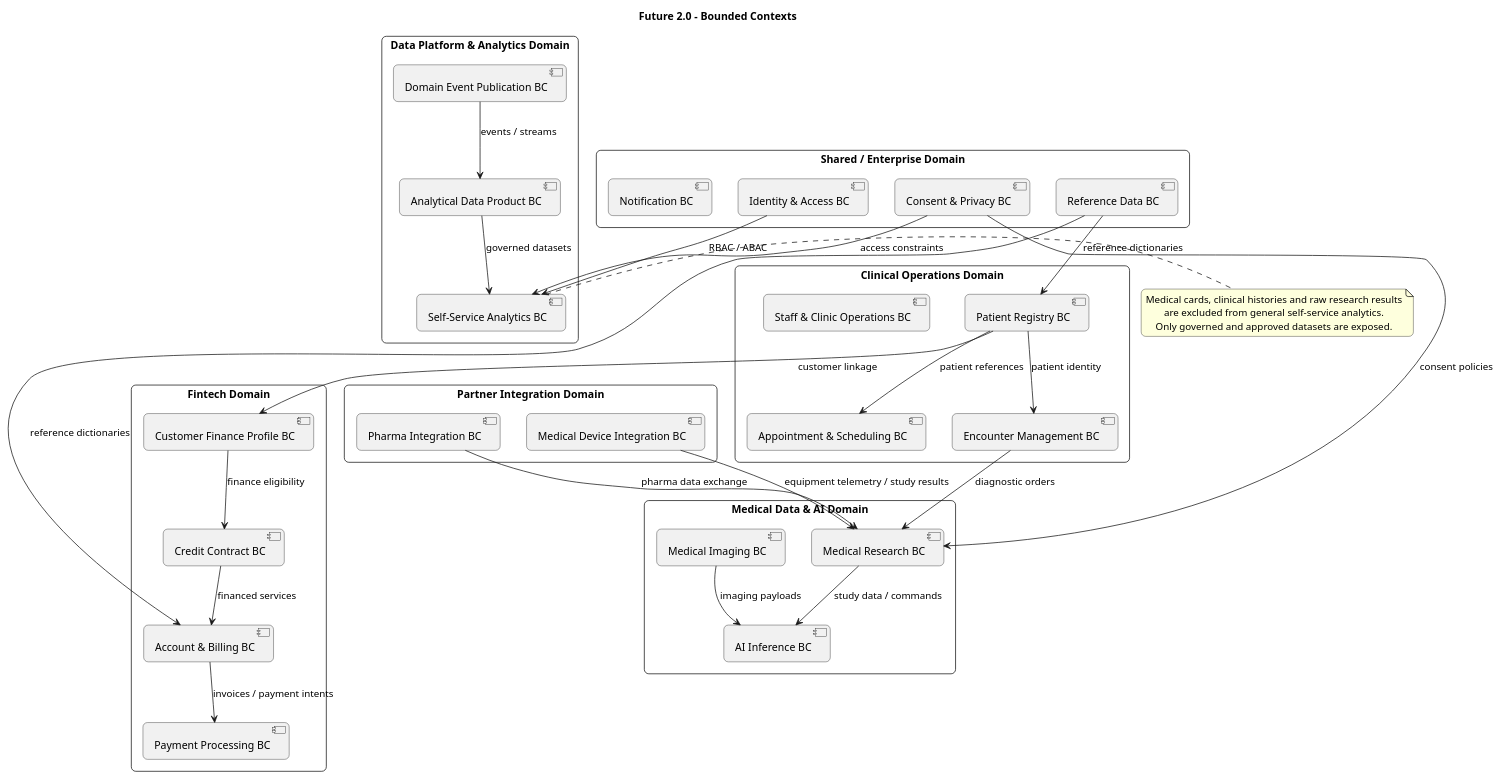
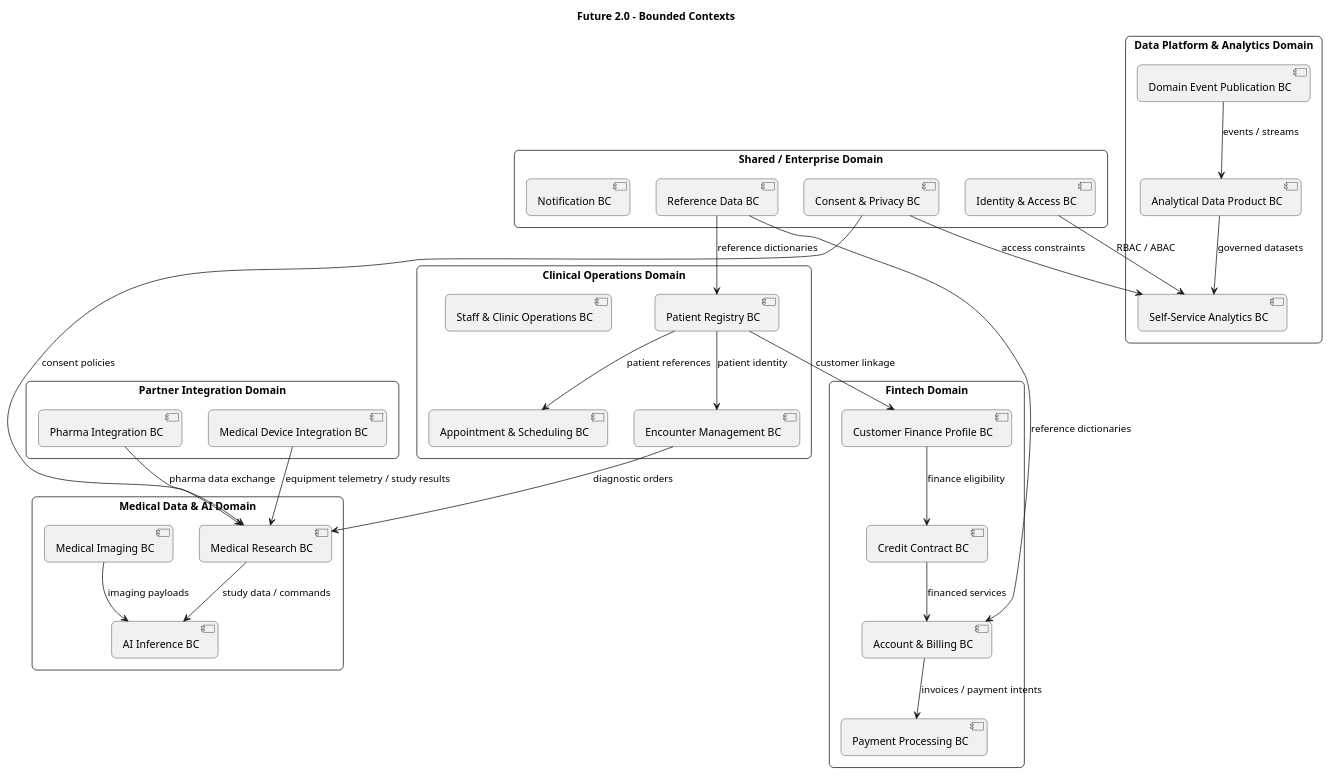
The diagram in Task4Advanced/bounded-contexts.puml (LobovVit/architecture-future_pro_2_0), drawn with PlantUML before and after one commit. The commit also changed 10 other files, not shown here.

```diff
--- a/Task4Advanced/bounded-contexts.puml
+++ b/Task4Advanced/bounded-contexts.puml
@@ -1,72 +1,66 @@
 @startuml
 title Future 2.0 - Bounded Contexts
 
 skinparam packageStyle rectangle
 skinparam shadowing false
 skinparam roundcorner 12
 skinparam defaultTextAlignment center
 
 package "Clinical Operations Domain" {
   [Patient Registry BC]
   [Encounter Management BC]
   [Appointment & Scheduling BC]
   [Staff & Clinic Operations BC]
 }
 
 package "Medical Data & AI Domain" {
   [Medical Research BC]
   [AI Inference BC]
   [Medical Imaging BC]
 }
 
 package "Fintech Domain" {
   [Customer Finance Profile BC]
   [Account & Billing BC]
   [Credit Contract BC]
   [Payment Processing BC]
 }
 
 package "Partner Integration Domain" {
   [Pharma Integration BC]
   [Medical Device Integration BC]
 }
 
 package "Shared / Enterprise Domain" {
   [Identity & Access BC]
   [Reference Data BC]
   [Consent & Privacy BC]
   [Notification BC]
 }
 
 package "Data Platform & Analytics Domain" {
   [Domain Event Publication BC]
   [Analytical Data Product BC]
   [Self-Service Analytics BC]
 }
 
 [Patient Registry BC] --> [Encounter Management BC] : patient identity
 [Patient Registry BC] --> [Appointment & Scheduling BC] : patient references
 [Encounter Management BC] --> [Medical Research BC] : diagnostic orders
 [Medical Research BC] --> [AI Inference BC] : study data / commands
 [Medical Imaging BC] --> [AI Inference BC] : imaging payloads
 [Patient Registry BC] --> [Customer Finance Profile BC] : customer linkage
 [Customer Finance Profile BC] --> [Credit Contract BC] : finance eligibility
 [Account & Billing BC] --> [Payment Processing BC] : invoices / payment intents
 [Credit Contract BC] --> [Account & Billing BC] : financed services
 [Pharma Integration BC] --> [Medical Research BC] : pharma data exchange
 [Medical Device Integration BC] --> [Medical Research BC] : equipment telemetry / study results
 [Consent & Privacy BC] --> [Medical Research BC] : consent policies
 [Consent & Privacy BC] --> [Self-Service Analytics BC] : access constraints
 [Reference Data BC] --> [Patient Registry BC] : reference dictionaries
 [Reference Data BC] --> [Account & Billing BC] : reference dictionaries
 [Identity & Access BC] --> [Self-Service Analytics BC] : RBAC / ABAC
 [Domain Event Publication BC] --> [Analytical Data Product BC] : events / streams
 [Analytical Data Product BC] --> [Self-Service Analytics BC] : governed datasets
 
-note right of [Self-Service Analytics BC]
-Medical cards, clinical histories and raw research results
-are excluded from general self-service analytics.
-Only governed and approved datasets are exposed.
-end note
-
 @enduml
```
